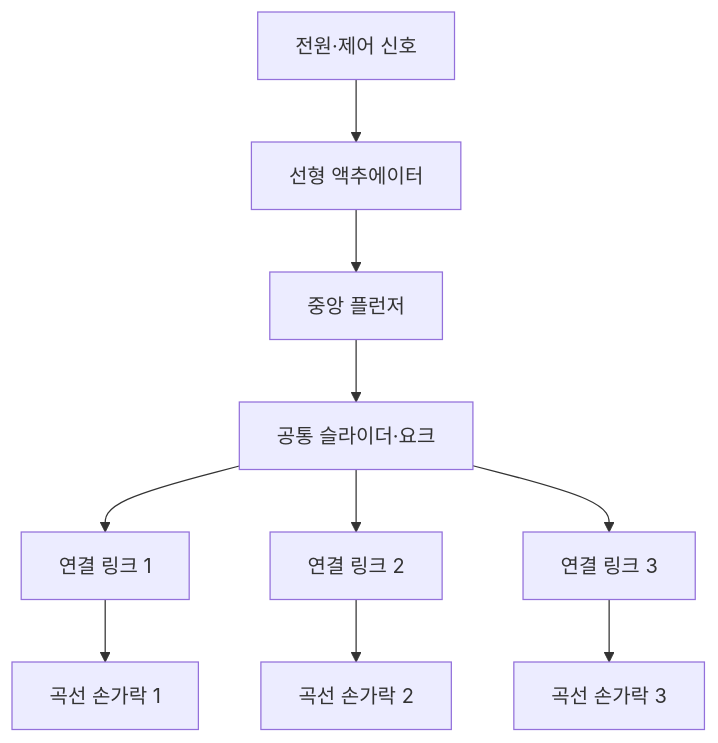
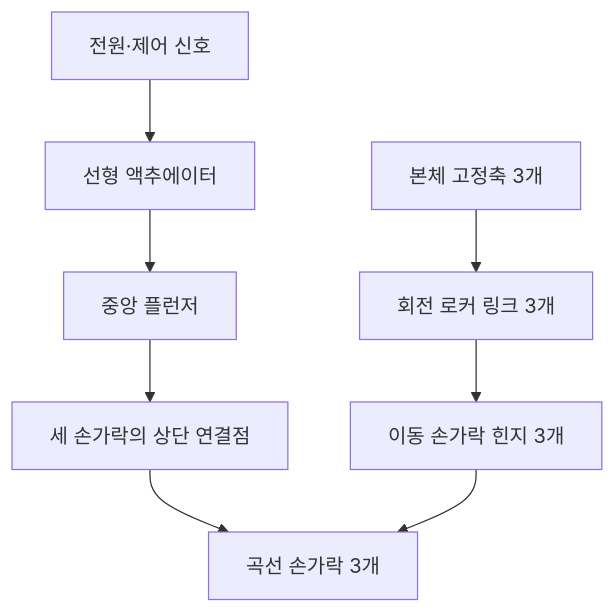
One commit to ehzero/Clawpick changed the first of 2 diagrams in docs/claw-mechanism-spec.md. Above: the diagram before and after it, drawn with Mermaid. The commit also changed other lines of this file and 6 other files, not shown here.

````diff
--- a/docs/claw-mechanism-spec.md
+++ b/docs/claw-mechanism-spec.md
@@ -36,12 +35,10 @@
 ```mermaid
 flowchart TD
     P["전원·제어 신호"] --> A["선형 액추에이터"]
     A --> S["중앙 플런저"]
-    S --> Y["공통 슬라이더·요크"]
-    Y --> L1["연결 링크 1"]
-    Y --> L2["연결 링크 2"]
-    Y --> L3["연결 링크 3"]
-    L1 --> F1["곡선 손가락 1"]
-    L2 --> F2["곡선 손가락 2"]
-    L3 --> F3["곡선 손가락 3"]
+    S --> C["세 손가락의 상단 연결점"]
+    H["본체 고정축 3개"] --> R["회전 로커 링크 3개"]
+    R --> B["이동 손가락 힌지 3개"]
+    C --> F["곡선 손가락 3개"]
+    B --> F
 ```
````
